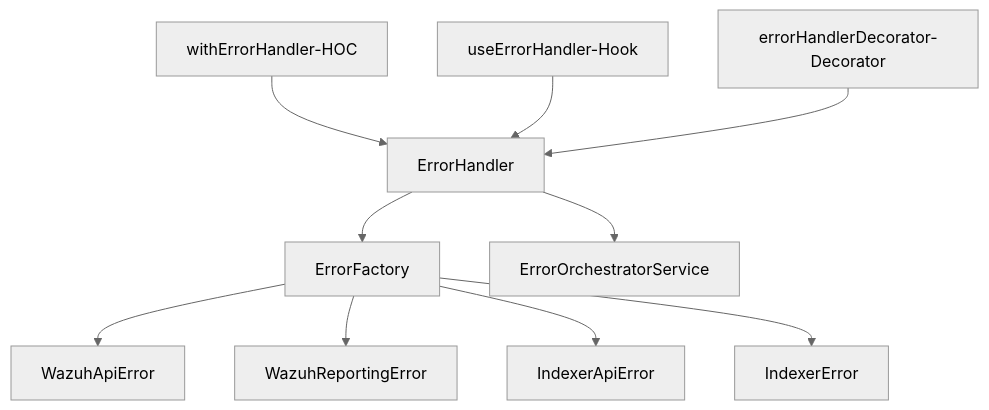
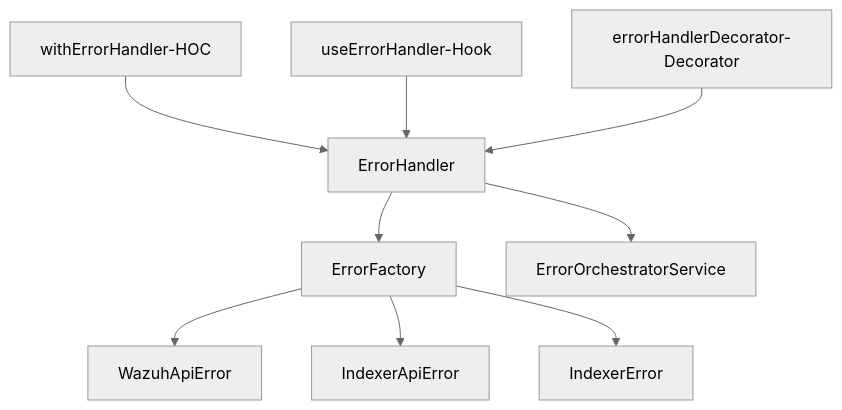
One commit to wazuh/wazuh-dashboard-plugins changed the first of 2 diagrams in plugins/main/public/react-services/error-management/docs/README.md. Above: the diagram before and after it, drawn with Mermaid (neutral theme). The commit also changed other lines of this file and 80 other files, not shown here.

First line of the commit message:
Remove Wazuh reporting module and associated migration tasks

````diff
--- a/plugins/main/public/react-services/error-management/docs/README.md
+++ b/plugins/main/public/react-services/error-management/docs/README.md
@@ -67,12 +67,11 @@
 ```mermaid
 graph TD;
  withErrorHandler-HOC-->ErrorHandler
  useErrorHandler-Hook-->ErrorHandler
  errorHandlerDecorator-Decorator-->ErrorHandler
  ErrorHandler-->ErrorFactory
  ErrorHandler-->ErrorOrchestratorService
  ErrorFactory-->WazuhApiError
- ErrorFactory-->WazuhReportingError
  ErrorFactory-->IndexerApiError
  ErrorFactory-->IndexerError
 ```
````
